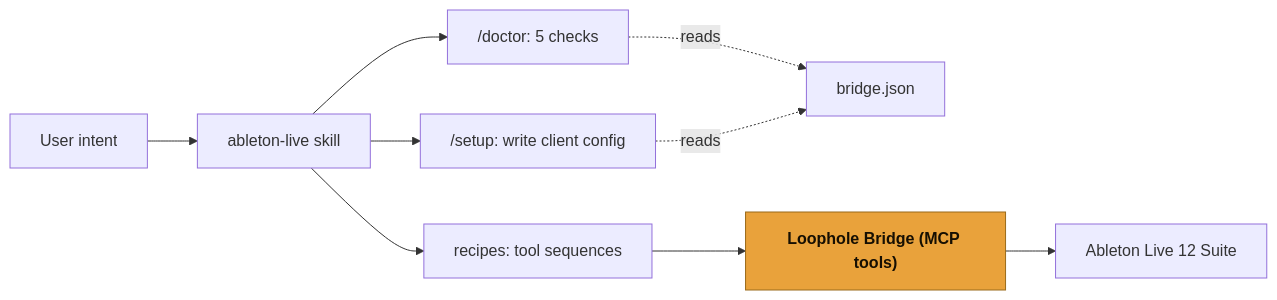
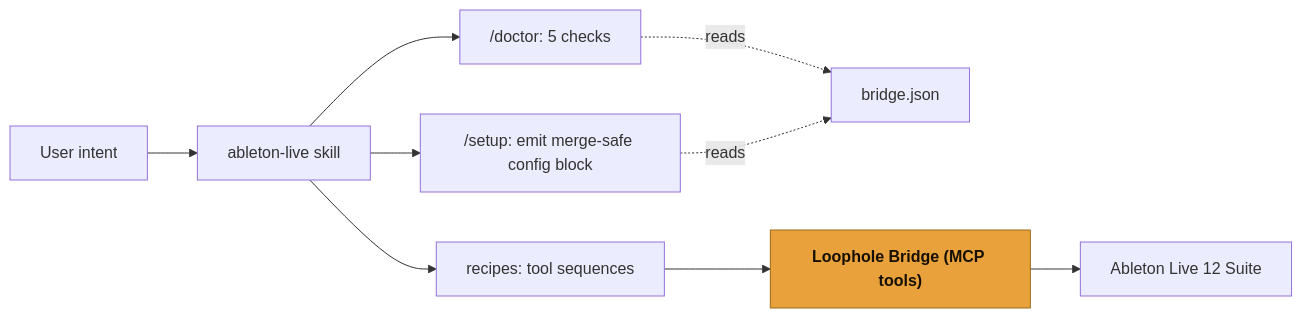
The diagram in skills/ableton-live/SKILL.md (OthmanAdi/loophole), drawn with Mermaid before and after one commit. The commit also changed other lines of this file and 43 other files, not shown here.

````diff
--- a/skills/ableton-live/SKILL.md
+++ b/skills/ableton-live/SKILL.md
@@ -21,13 +21,13 @@
 ```mermaid
 flowchart LR
   U["User intent"] --> SK["ableton-live skill"]
   SK --> DOC["/doctor: 5 checks"]
-  SK --> SET["/setup: write client config"]
+  SK --> SET["/setup: emit merge-safe config block"]
   SK --> REC["recipes: tool sequences"]
   DOC -. "reads" .-> BJ["bridge.json"]
   SET -. "reads" .-> BJ
   REC --> BR["Loophole Bridge (MCP tools)"]
   BR --> LIVE["Ableton Live 12 Suite"]
   classDef accent fill:#E9A23B,stroke:#9A6A1A,color:#160F02,font-weight:bold;
   class BR accent
 ```
````
